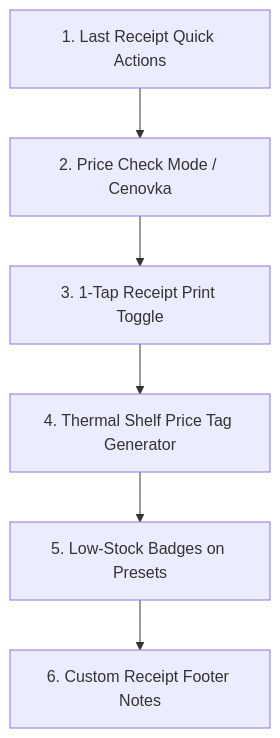
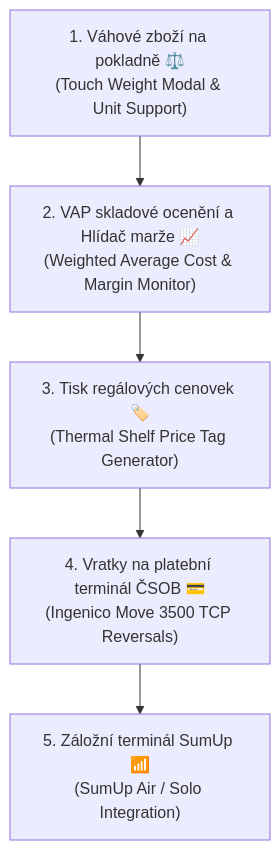
Before and after one commit to MichalKhoa/pos-project: the first of 2 diagrams in docs/ROADMAP.md, drawn with Mermaid. The commit also changed other lines of this file, not shown here.

Commit message:
docs(roadmap): prioritize weighted items and VAP

````diff
--- a/docs/ROADMAP.md
+++ b/docs/ROADMAP.md
@@ -38,8 +14,7 @@
 ```mermaid
 graph TD
-    A["1. Last Receipt Quick Actions"] --> B["2. Price Check Mode / Cenovka"]
-    B --> C["3. 1-Tap Receipt Print Toggle"]
-    C --> D["4. Thermal Shelf Price Tag Generator"]
-    D --> E["5. Low-Stock Badges on Presets"]
-    E --> F["6. Custom Receipt Footer Notes"]
+    A["1. Váhové zboží na pokladně ⚖️<br/>(Touch Weight Modal & Unit Support)"] --> B["2. VAP skladové ocenění a Hlídač marže 📈<br/>(Weighted Average Cost & Margin Monitor)"]
+    B --> C["3. Tisk regálových cenovek 🏷️<br/>(Thermal Shelf Price Tag Generator)"]
+    C --> D["4. Vratky na platební terminál ČSOB 💳<br/>(Ingenico Move 3500 TCP Reversals)"]
+    D --> E["5. Záložní terminál SumUp 📶<br/>(SumUp Air / Solo Integration)"]
 ```
````
